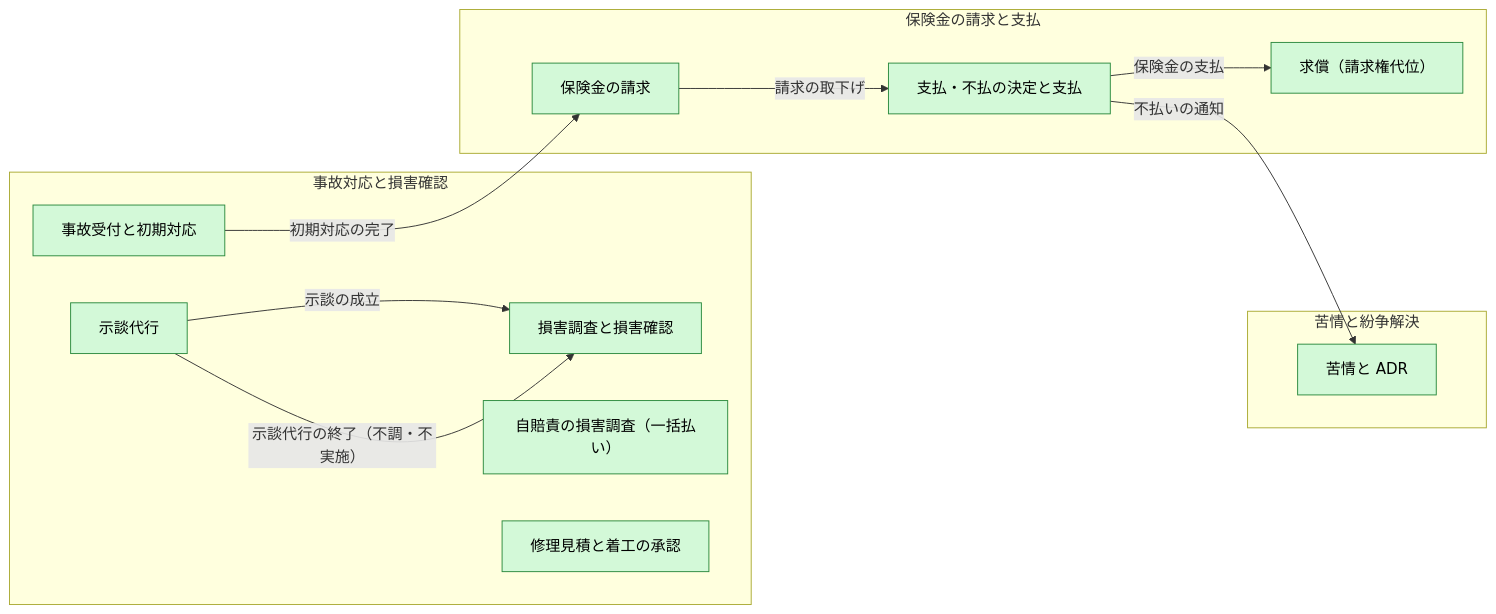
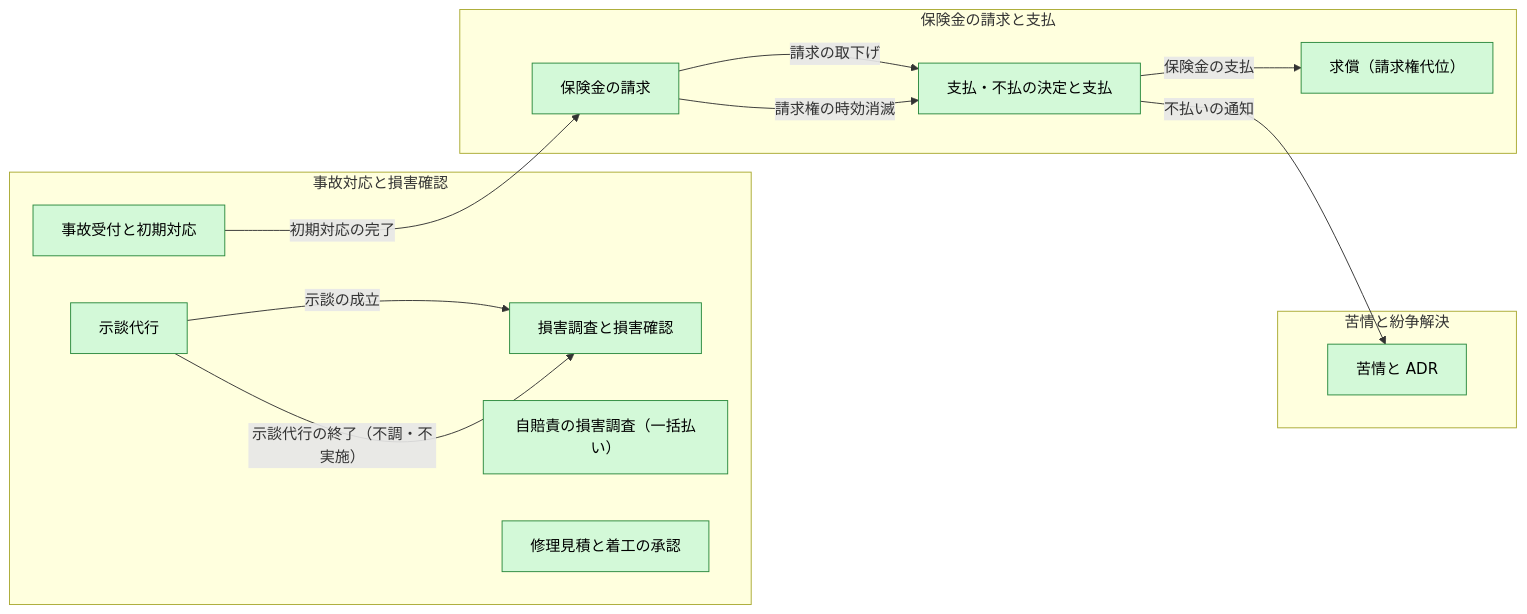
One commit to manji-0/rdra-ish-dsl changed the third of 12 diagrams in samples/insurance-claim-ops/prd.md. Above: the diagram before and after it, drawn with Mermaid. The commit also changed other lines of this file and 24 other files, not shown here.

````diff
--- a/samples/insurance-claim-ops/prd.md
+++ b/samples/insurance-claim-ops/prd.md
@@ -280,47 +280,49 @@
 ```mermaid
 %% rdra-ish diagram=business scope=whole model=samples/insurance-claim-ops
 %% kinds: business buc
 %% omitted: actor requirement nfr flow step timer medium permission usecase screen event api entity condition
 flowchart LR
   subgraph business__ClaimHandling["事故対応と損害確認"]
     %% desc business__ClaimHandling: 事故受付、初期対応、損害調査と過失の判断、修理見積と着工の承認、示談代行、自賠責の損害調査。
     buc__BucIntake["事故受付と初期対応"]:::buc
     %% desc buc__BucIntake: 契約者・被保険者は事故を知ったら遅滞なく保険会社か代理店に通知する。保険会社は契約内容・重複契約・事故状況・傷害を確かめ、警察への届出を案内し、担保種目ごとに担当者を決めて所属・氏名・連絡先を知らせ、請求の手続と必要な書類を説明する。車両事故・対物事故は、他社での事故受付の有無を共同利用制度で照会する。
     buc__BucInvestigation["損害調査と損害確認"]:::buc
     %% desc buc__BucInvestigation: 立証責任がどちらにあっても、保険会社は必要な損害調査をする。アジャスターが事故の原因と状況、損傷と事故の関係、損害額を調べ、契約者と被害者の認識が違えば現場で実地調査をする。過失割合は過去の裁判例を基準に検討し、賠償責任があるかを判断する。調査の報告と、賠償の事故では過失の判断を経て、損害を確定する。
     buc__BucJibaiseki["自賠責の損害調査（一括払い）"]:::buc
     %% desc buc__BucJibaiseki: 人身の事故では、任意保険の会社が自賠責保険の部分を含めて保険金を払う（一括払い）。契約者・被害者に説明して同意を確かめ、自賠責の請求書類を損保料率機構の自賠責損害調査事務所に送る。判断が難しい事案は地区本部・本部、特定事案は審査会で審査され、結果が保険会社に報告される。保険会社はその結果に基づいて支払額を決める。同意がなければ、加害者請求・被害者請求・仮渡金の手続を案内する。
     buc__BucRepair["修理見積と着工の承認"]:::buc
     %% desc buc__BucRepair: 損害車両は修理工場に入る。修理工場は見積書と写真を出し、アジャスターが損害額と損傷・事故の関係を確かめて修理費を協定する。保険の対象を修理するには、応急の仮手当を除き、あらかじめ保険会社の承認を得る。承認の前に着工すると、保険金の一部または全部が払われないことがある。
     buc__BucSettlement["示談代行"]:::buc
     %% desc buc__BucSettlement: 対人・対物賠償の事故で被保険者に賠償責任があるとき、保険会社は被保険者の同意を得て、被保険者のために被害者と折衝し示談する（当会社による解決）。被害者が保険会社と直接折衝することに同意しないとき、被保険者に賠償責任がない（過失ゼロ）とき、賠償額が保険金額を明らかに超えるときなどは行わない。示談が成立すれば示談書が賠償の保険金の請求書類になる。
   end
   subgraph business__ClaimPayment["保険金の請求と支払"]
     %% desc business__ClaimPayment: 保険金請求の案内と請求完了、支払期限とその延長、支払・不払の決裁と通知、支払、請求権代位による求償。
     buc__BucClaim["保険金の請求"]:::buc
     %% desc buc__BucClaim: 保険会社は請求の手続と必要な書類を案内する。自動車保険では、請求の前に次の契約の等級がどう変わるかを説明して、請求の意思を確かめる。請求者（被保険者・保険金請求権者、直接請求の被害者）が書類を出し終えた日が請求完了日で、支払期限はこの日から数える。賠償の保険金は示談書などで賠償額が決まってから請求できる。請求権は発生の翌日から3年で時効にかかる。請求を取り下げるときは理由を記録する。
     buc__BucPayment["支払・不払の決定と支払"]:::buc
     %% desc buc__BucPayment: 請求完了日を含めて30日以内に、支払事由・免責事由・損害額・契約の効力の確認を終えて払う。特別な照会や調査が要るときは、確認する事項と終える時期を通知して、事由に応じて60〜180日まで延ばせる。決裁権限は支払と不払いで差があり、不正請求の疑いがある事案は上位の決裁者が決める。払えないときは、根拠となる約款の条項と調査の結果を説明して通知する。期限を過ぎて払うときは遅延利息を付ける。同じ請求に二度は払わない。
     buc__BucSubrogation["求償（請求権代位）"]:::buc
     %% desc buc__BucSubrogation: 保険会社は保険金を払うと、払った額と被保険者の債権の額のいずれか少ない額を限度に、被保険者が相手方に持つ損害賠償請求権を当然に取得する（請求権代位）。被保険者の残りの債権が優先する。保険会社は相手方（とその保険会社）に求償し、回収するか断念する。相手方への請求権は、損害と加害者を知った時から3年（人身損害は5年）で時効にかかる。
   end
   subgraph business__CustomerRedress["苦情と紛争解決"]
     %% desc business__CustomerRedress: 保険会社への苦情と、そんぽADRセンターの苦情解決手続・紛争解決手続への対応。
     buc__BucComplaint["苦情と ADR"]:::buc
     %% desc buc__BucComplaint: 支払えないことや支払の内容に了解が得られないとき、保険会社はそんぽADRセンターなどの相談機関を案内する。損害保険会社は指定紛争解決機関と手続実施基本契約を結んでいる。センターは苦情を会社に通知して対応を求め、60日たっても解決しなければ紛争解決手続を案内する。紛争解決手続では原則4か月以内に和解案を作り、特別調停案は会社が受諾しなければならない。自賠責の支払の紛争は対象外。
   end
   buc__BucClaim -->|請求の取下げ| buc__BucPayment
   %% derived buc__BucClaim -> buc__BucPayment via event__EvClaimWithdrawn
+  buc__BucClaim -->|請求権の時効消滅| buc__BucPayment
+  %% derived buc__BucClaim -> buc__BucPayment via event__EvClaimTimeBarred
   buc__BucIntake -->|初期対応の完了| buc__BucClaim
   %% derived buc__BucIntake -> buc__BucClaim via event__EvInitialResponded
   buc__BucPayment -->|不払いの通知| buc__BucComplaint
   %% derived buc__BucPayment -> buc__BucComplaint via event__EvDenialNotified
   buc__BucPayment -->|保険金の支払| buc__BucSubrogation
   %% derived buc__BucPayment -> buc__BucSubrogation via event__EvClaimPaid
   buc__BucSettlement -->|示談の成立| buc__BucInvestigation
   %% derived buc__BucSettlement -> buc__BucInvestigation via event__EvSettlementAgreed
   buc__BucSettlement -->|示談代行の終了（不調・不実施）| buc__BucInvestigation
   %% derived buc__BucSettlement -> buc__BucInvestigation via event__EvSettlementEnded
   classDef business fill:#d3f9d8,stroke:#2b8a3e,color:#000;
   classDef buc fill:#d3f9d8,stroke:#2b8a3e,color:#000;
 ```
````
